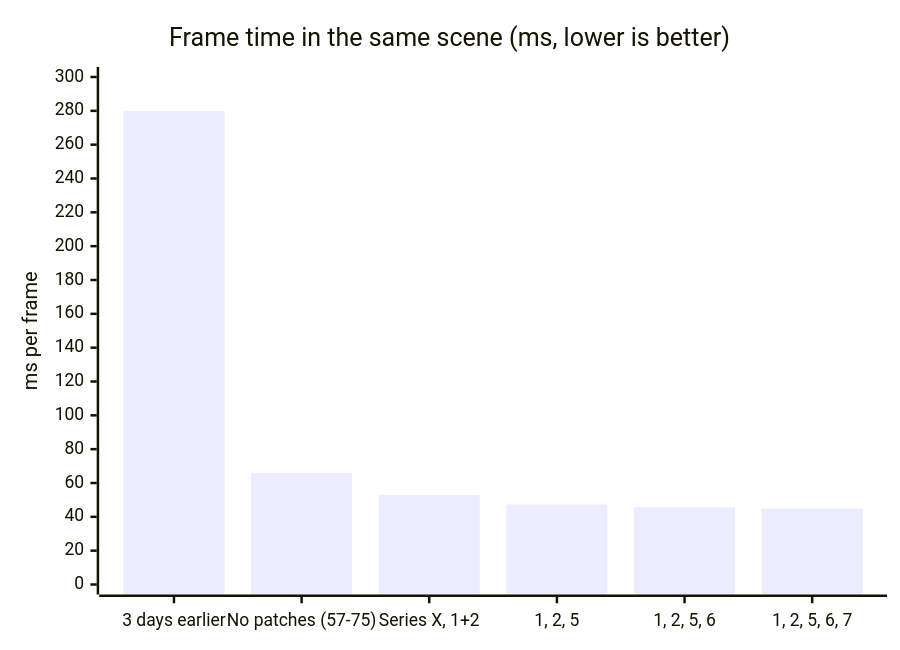
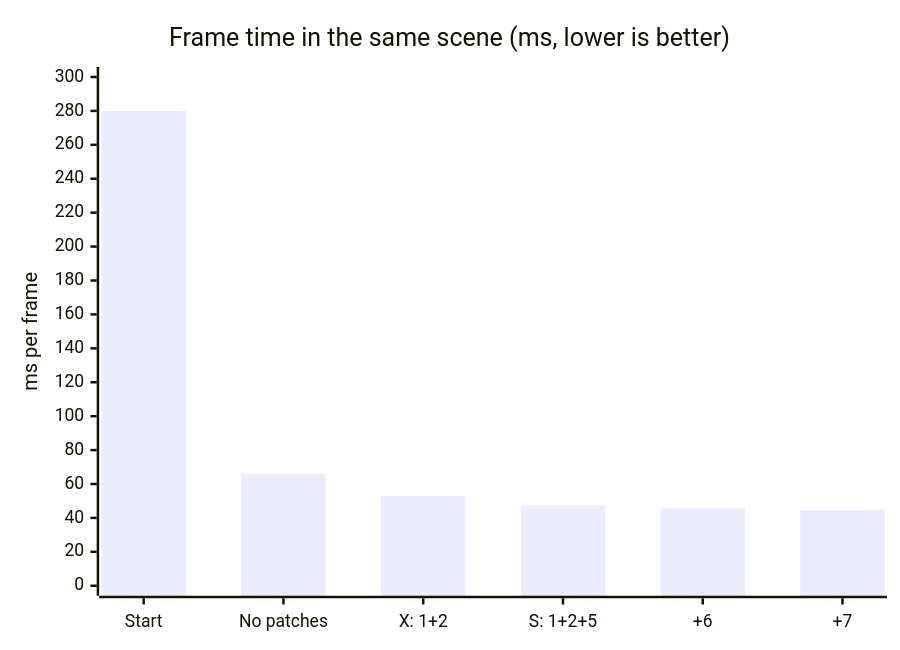
One commit to marcoscostaengineer/MARGARETE-RX580-OPTIMIZED changed diagram 20 of 20 in README.md. Above: the diagram before and after it, drawn with Mermaid. The commit also changed other lines of this file, not shown here.

First line of the commit message:
README diagrams: timeline items shown, horizontal layouts, readable labels

````diff
--- a/README.md
+++ b/README.md
@@ -518,7 +527,7 @@
 ```mermaid
 xychart-beta
     title "Frame time in the same scene (ms, lower is better)"
-    x-axis ["3 days earlier", "No patches (57-75)", "Series X, 1+2", "1, 2, 5", "1, 2, 5, 6", "1, 2, 5, 6, 7"]
+    x-axis ["Start", "No patches", "X: 1+2", "S: 1+2+5", "+6", "+7"]
     y-axis "ms per frame" 0 --> 300
     bar [280, 66, 53, 47.3, 45.6, 44.9]
 ```
````
